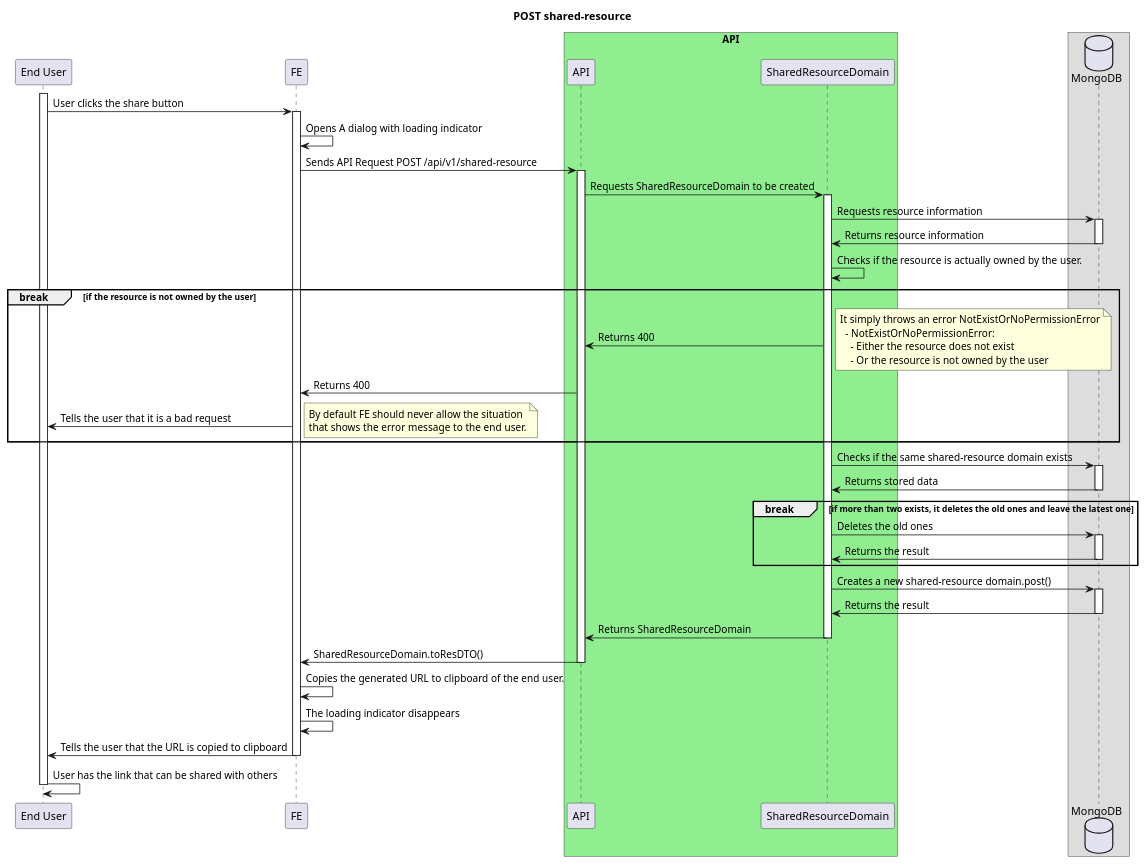
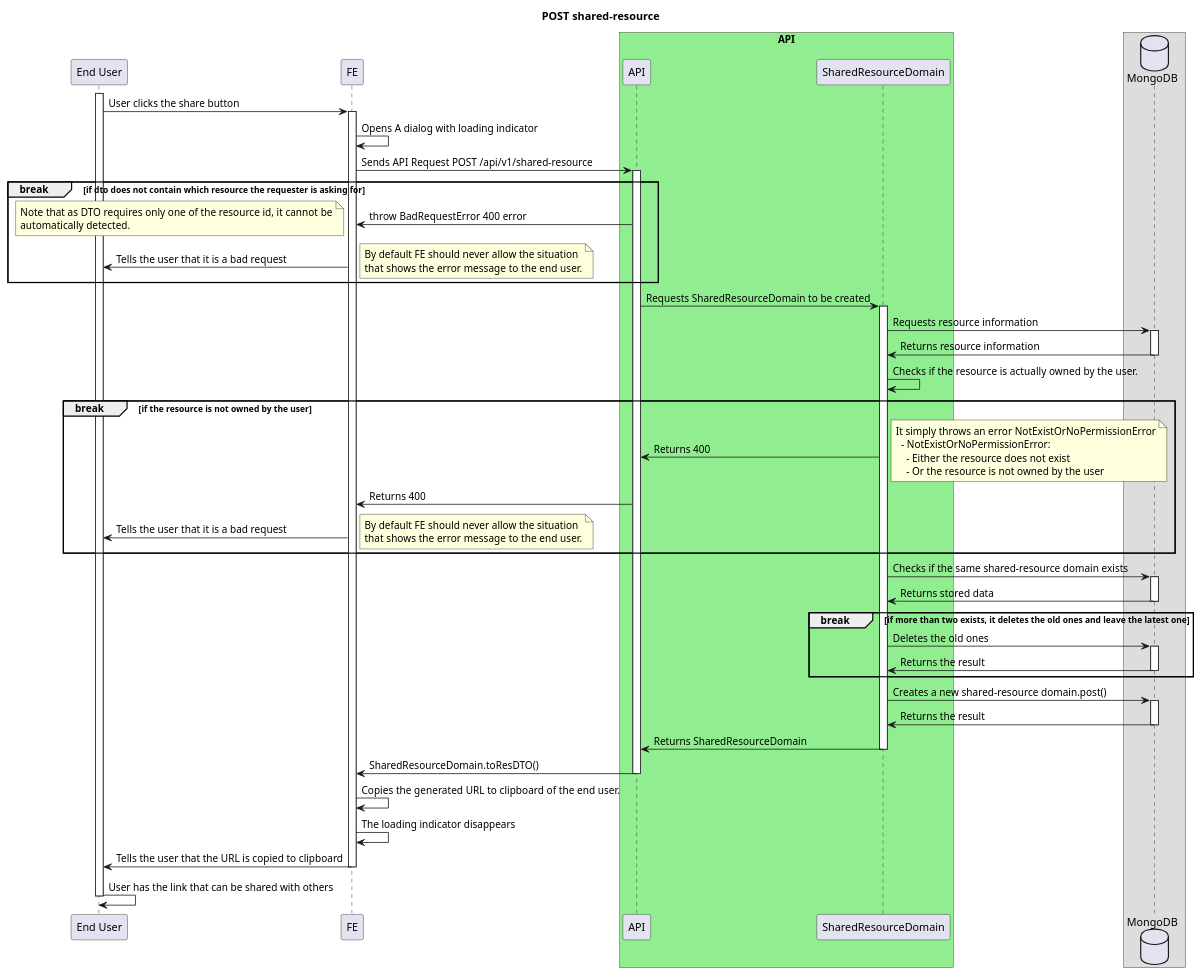
One commit to ajktown/docs changed the first of 2 diagrams in api/share-feature.md. Above: the diagram before and after it, drawn with PlantUML.

````diff
--- a/api/share-feature.md
+++ b/api/share-feature.md
@@ -20,69 +20,81 @@
 ```plantuml
 
 @startuml
 
 title POST shared-resource
 
 participant "End User" as user
 participant "FE" as fe
 box "API" #Lightgreen
   participant "API" as api
   participant "SharedResourceDomain" as domain
 box
 database "MongoDB" as db
 
 activate user
   user -> fe: User clicks the share button
   activate fe
     fe -> fe: Opens A dialog with loading indicator
     fe -> api: Sends API Request POST /api/v1/shared-resource
     activate api
+      break if dto does not contain which resource the requester is asking for
+        fe <- api: throw BadRequestError 400 error
+        note left
+          Note that as DTO requires only one of the resource id, it cannot be
+          automatically detected.
+        end note
+        user <- fe: Tells the user that it is a bad request
+        note right
+          By default FE should never allow the situation
+          that shows the error message to the end user.
+        end note
+      end break
       api -> domain: Requests SharedResourceDomain to be created
       activate domain
         domain -> db: Requests resource information
         activate db
           domain <- db: Returns resource information
         deactivate db
         domain -> domain: Checks if the resource is actually owned by the user.
         break if the resource is not owned by the user
           api <- domain: Returns 400
           note right
             It simply throws an error NotExistOrNoPermissionError
               - NotExistOrNoPermissionError:
                 - Either the resource does not exist
                 - Or the resource is not owned by the user
           end note
           fe <- api: Returns 400
           user <- fe: Tells the user that it is a bad request
           note right
             By default FE should never allow the situation
             that shows the error message to the end user.
           end note
         end break
         domain -> db: Checks if the same shared-resource domain exists
         activate db
           domain <- db: Returns stored data
         deactivate db
         break if more than two exists, it deletes the old ones and leave the latest one
           domain -> db: Deletes the old ones
           activate db
             domain <- db: Returns the result
           deactivate db
         end break
         domain -> db: Creates a new shared-resource domain.post()
         activate db
           domain <- db: Returns the result
         deactivate db
         api <- domain: Returns SharedResourceDomain
       deactivate domain
       fe <- api: SharedResourceDomain.toResDTO()
     deactivate api
   fe -> fe: Copies the generated URL to clipboard of the end user.
   fe -> fe: The loading indicator disappears
   user <- fe: Tells the user that the URL is copied to clipboard
   deactivate fe
   user -> user: User has the link that can be shared with others
 deactivate user
 
 
 ```
````
